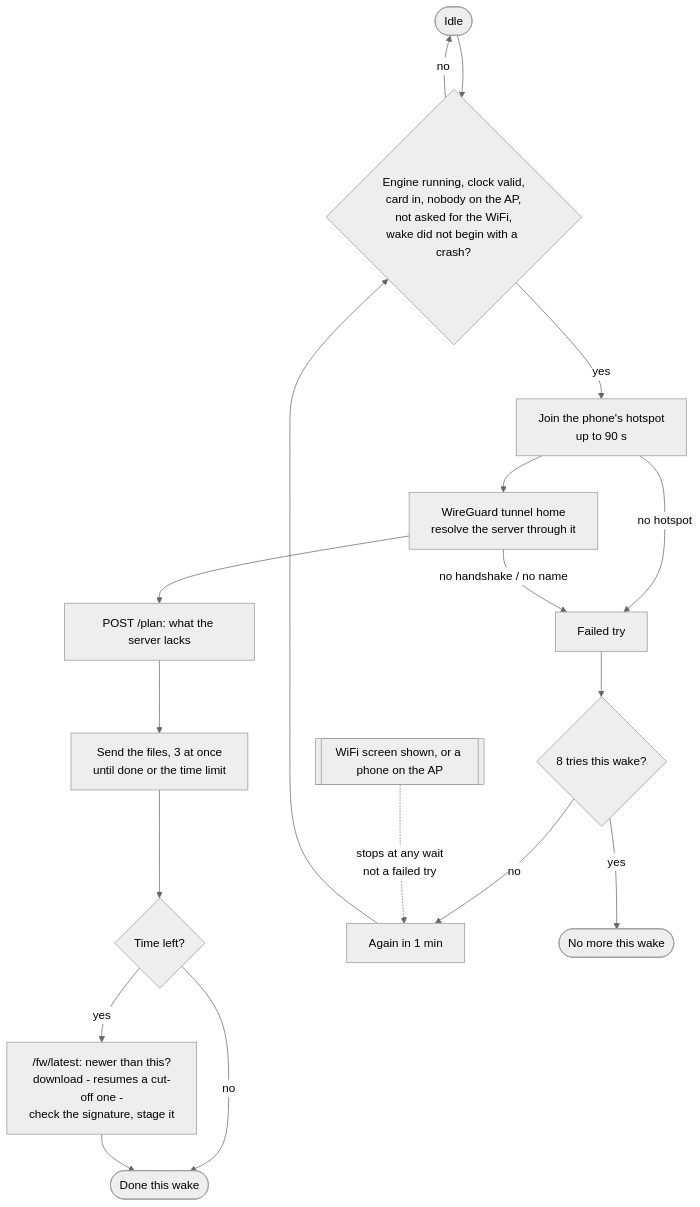
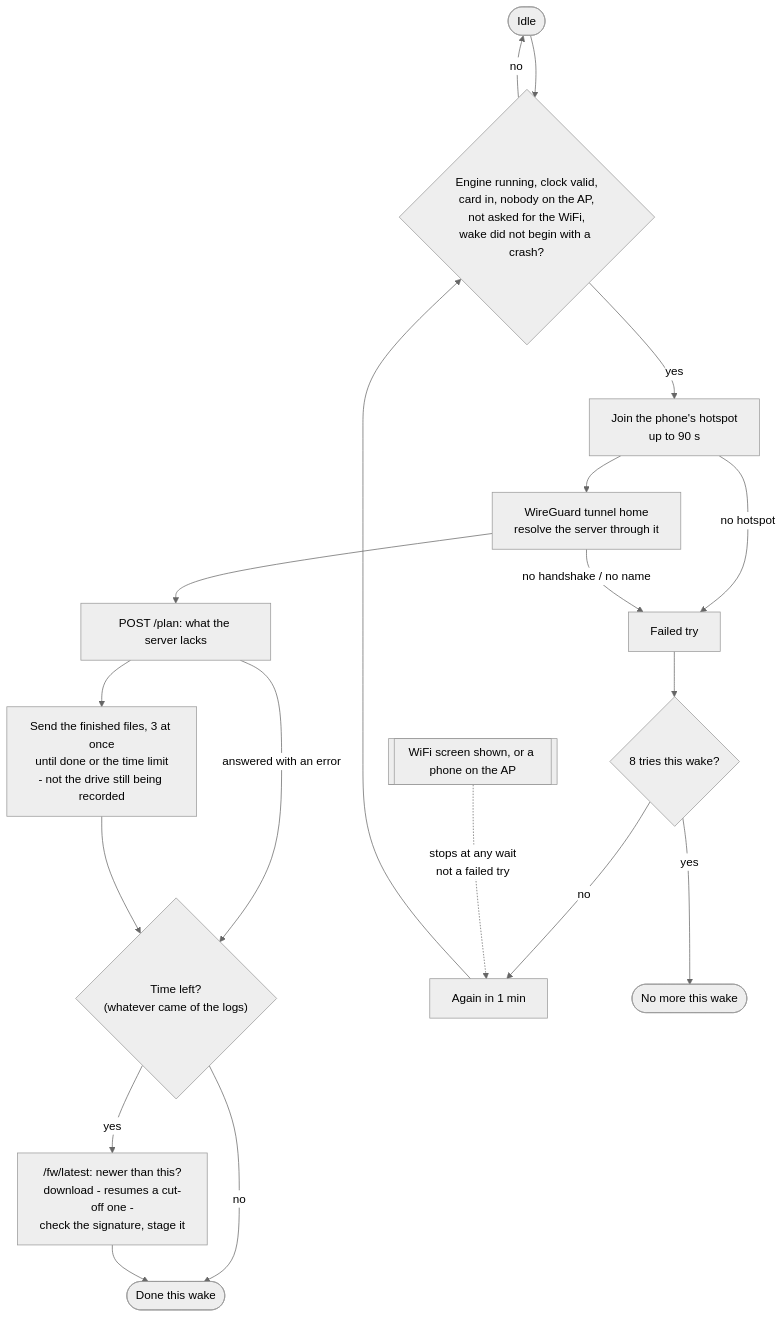
One commit to kubiq/n-gauge changed the second of 6 diagrams in docs/flows.md. Above: the diagram before and after it, drawn with Mermaid (neutral theme).

Commit message:
docs/flows.md: the upload sends finished files, and asks for firmware either way

````diff
--- a/docs/flows.md
+++ b/docs/flows.md
@@ -37,19 +37,20 @@
 ```mermaid
 flowchart TD
   idle([Idle]) --> start{"Engine running, clock valid,<br/>card in, nobody on the AP,<br/>not asked for the WiFi,<br/>wake did not begin with a crash?"}
   start -- no --> idle
   start -- yes --> join[Join the phone's hotspot<br/>up to 90 s]
   join -- "no hotspot" --> fail
   join --> tunnel[WireGuard tunnel home<br/>resolve the server through it]
   tunnel -- "no handshake / no name" --> fail
   tunnel --> plan["POST /plan: what the server lacks"]
-  plan --> send[Send the files, 3 at once<br/>until done or the time limit]
-  send --> fw{Time left?}
+  plan --> send[Send the finished files, 3 at once<br/>until done or the time limit<br/>- not the drive still being recorded]
+  plan -- "answered with an error" --> fw
+  send --> fw{"Time left?<br/>(whatever came of the logs)"}
   fw -- yes --> getfw["/fw/latest: newer than this?<br/>download - resumes a cut-off one -<br/>check the signature, stage it"]
   fw -- no --> done
   getfw --> done([Done this wake])
   fail[Failed try] --> tries{"8 tries this wake?"}
   tries -- no --> wait[Again in 1 min] --> start
   tries -- yes --> stop([No more this wake])
   ask[[WiFi screen shown, or a phone on the AP]] -. "stops at any wait<br/>not a failed try" .-> wait
 ```
````
